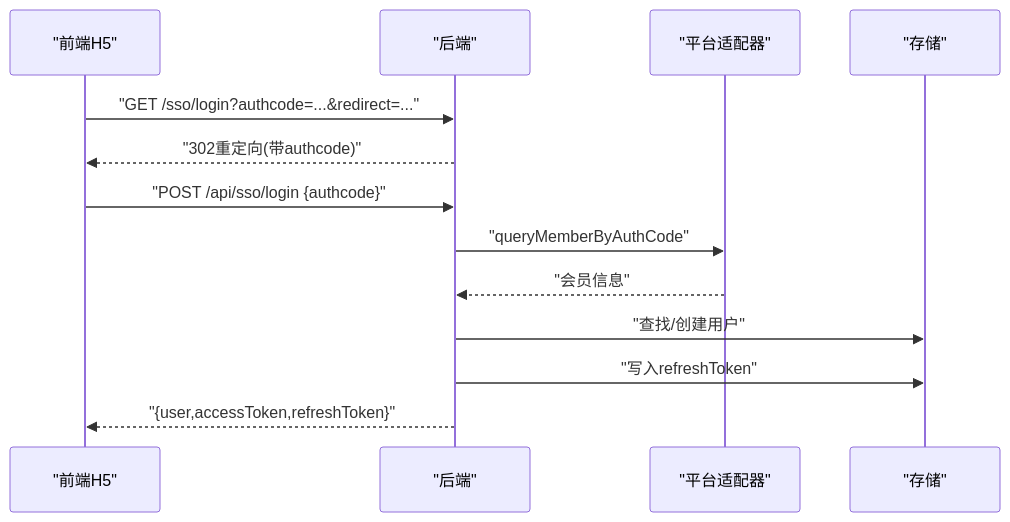
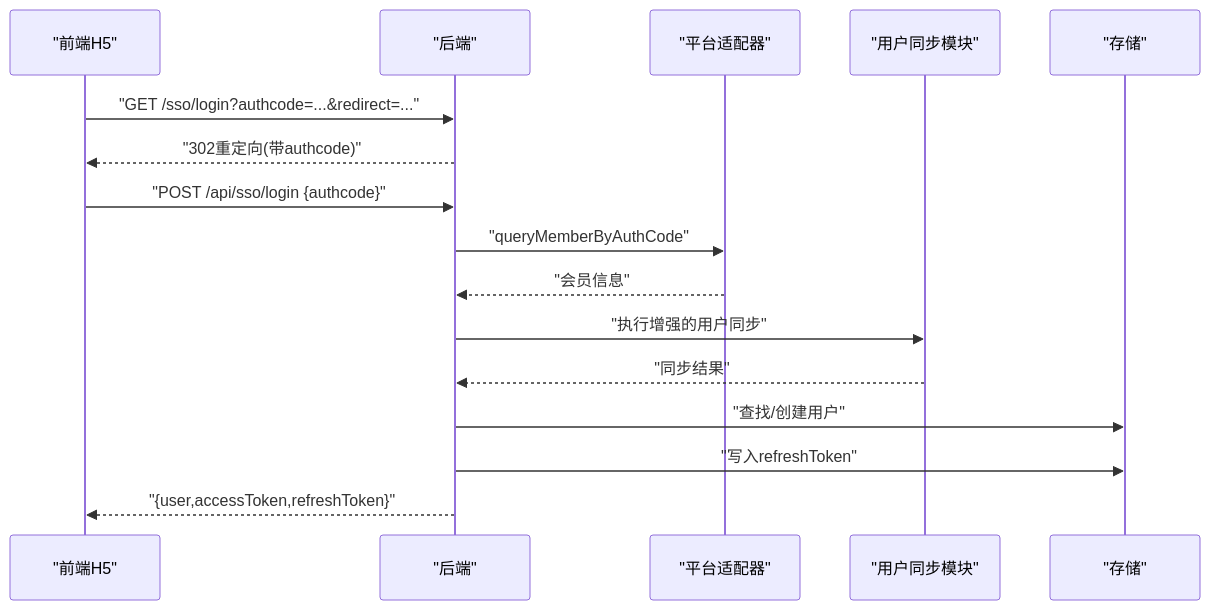
Before and after one commit to Giraffe-Han/microAPP: the fourth of 9 diagrams in .qoder/repowiki/zh/content/后端服务架构/认证与授权系统/单点登录(SSO)集成.md, drawn with Mermaid. The commit also changed other lines of this file and 42 other files, not shown here.

````diff
--- a/.qoder/repowiki/zh/content/后端服务架构/认证与授权系统/单点登录(SSO)集成.md
+++ b/.qoder/repowiki/zh/content/后端服务架构/认证与授权系统/单点登录(SSO)集成.md
@@ -192,15 +202,18 @@
 ```mermaid
 sequenceDiagram
 participant FE as "前端H5"
 participant BE as "后端"
 participant PA as "平台适配器"
+participant US as "用户同步模块"
 participant ST as "存储"
 FE->>BE : "GET /sso/login?authcode=...&redirect=..."
 BE-->>FE : "302重定向(带authcode)"
 FE->>BE : "POST /api/sso/login {authcode}"
 BE->>PA : "queryMemberByAuthCode"
 PA-->>BE : "会员信息"
+BE->>US : "执行增强的用户同步"
+US-->>BE : "同步结果"
 BE->>ST : "查找/创建用户"
 BE->>ST : "写入refreshToken"
 BE-->>FE : "{user,accessToken,refreshToken}"
 ```
````
